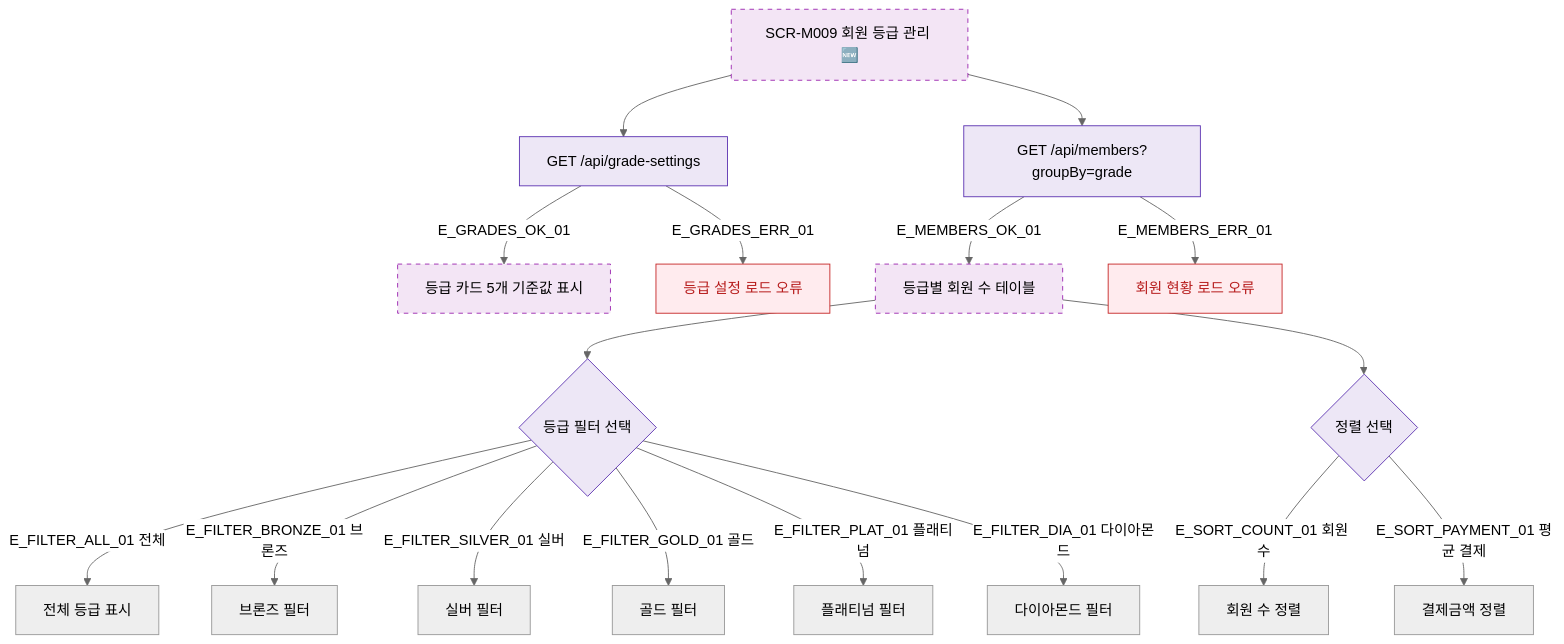
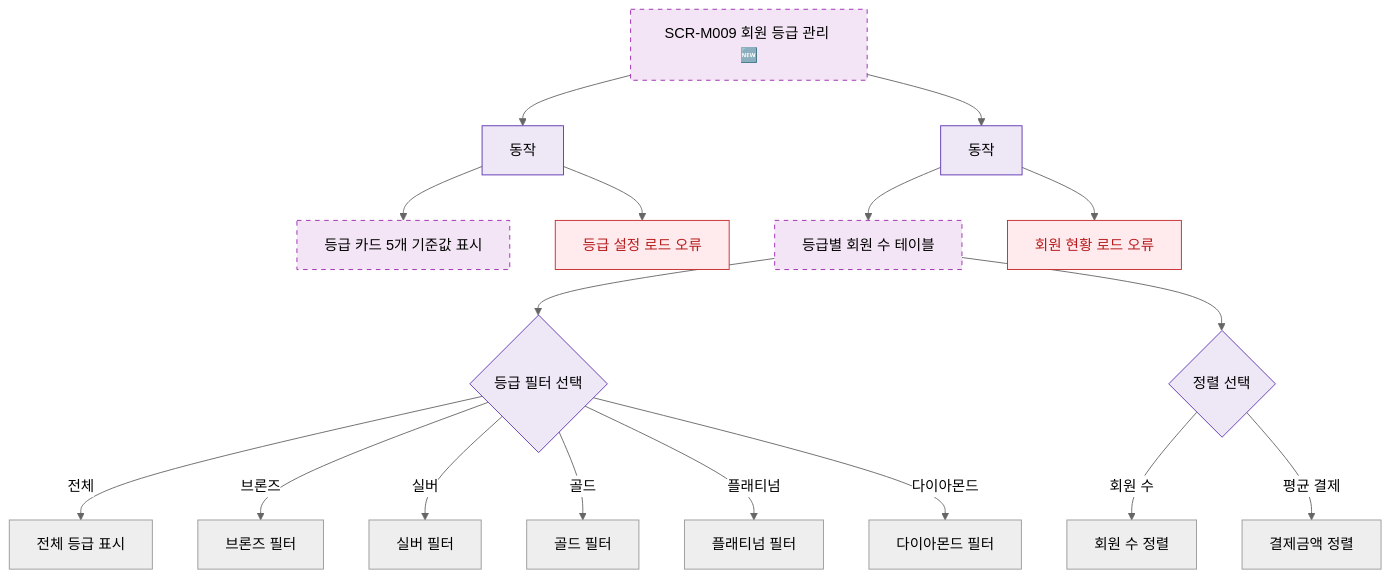
The diagram in docs/다이어그램/D02_회원관리/SCR-M009_등급관리/F4_필터검색.md (dev-spogym/admin-pando), drawn with Mermaid (neutral theme) before and after one commit. The commit also changed other lines of this file and 1660 other files, not shown here.

First line of the commit message:
다이어그램: 기획자/클라이언트 납품본으로 정리

````diff
--- a/docs/다이어그램/D02_회원관리/SCR-M009_등급관리/F4_필터검색.md
+++ b/docs/다이어그램/D02_회원관리/SCR-M009_등급관리/F4_필터검색.md
@@ -22,34 +20,34 @@
 ```mermaid
 flowchart TD
   SCR_M009[SCR-M009 회원 등급 관리 🆕]
 
-  SCR_M009 --> LOAD_GRADES[GET /api/grade-settings]
-  SCR_M009 --> LOAD_MEMBERS[GET /api/members?groupBy=grade]
+  SCR_M009 --> LOAD_GRADES[동작]
+  SCR_M009 --> LOAD_MEMBERS[동작]
 
-  LOAD_GRADES -->|E_GRADES_OK_01| GRADE_CARDS[등급 카드 5개 기준값 표시]
-  LOAD_GRADES -->|E_GRADES_ERR_01| ERR_GRADES[등급 설정 로드 오류]
+  LOAD_GRADES --> GRADE_CARDS[등급 카드 5개 기준값 표시]
+  LOAD_GRADES --> ERR_GRADES[등급 설정 로드 오류]
 
-  LOAD_MEMBERS -->|E_MEMBERS_OK_01| MEMBER_TABLE[등급별 회원 수 테이블]
-  LOAD_MEMBERS -->|E_MEMBERS_ERR_01| ERR_MEMBERS[회원 현황 로드 오류]
+  LOAD_MEMBERS --> MEMBER_TABLE[등급별 회원 수 테이블]
+  LOAD_MEMBERS --> ERR_MEMBERS[회원 현황 로드 오류]
 
   MEMBER_TABLE --> GRADE_FILTER{등급 필터 선택}
-  GRADE_FILTER -->|E_FILTER_ALL_01 전체| TABLE_ALL[전체 등급 표시]
-  GRADE_FILTER -->|E_FILTER_BRONZE_01 브론즈| TABLE_BRONZE[브론즈 필터]
-  GRADE_FILTER -->|E_FILTER_SILVER_01 실버| TABLE_SILVER[실버 필터]
-  GRADE_FILTER -->|E_FILTER_GOLD_01 골드| TABLE_GOLD[골드 필터]
-  GRADE_FILTER -->|E_FILTER_PLAT_01 플래티넘| TABLE_PLAT[플래티넘 필터]
-  GRADE_FILTER -->|E_FILTER_DIA_01 다이아몬드| TABLE_DIA[다이아몬드 필터]
+  GRADE_FILTER -->|전체|TABLE_ALL[전체 등급 표시]
+  GRADE_FILTER -->|브론즈|TABLE_BRONZE[브론즈 필터]
+  GRADE_FILTER -->|실버|TABLE_SILVER[실버 필터]
+  GRADE_FILTER -->|골드|TABLE_GOLD[골드 필터]
+  GRADE_FILTER -->|플래티넘|TABLE_PLAT[플래티넘 필터]
+  GRADE_FILTER -->|다이아몬드|TABLE_DIA[다이아몬드 필터]
 
   MEMBER_TABLE --> SORT{정렬 선택}
-  SORT -->|E_SORT_COUNT_01 회원 수| SORTED_COUNT[회원 수 정렬]
-  SORT -->|E_SORT_PAYMENT_01 평균 결제| SORTED_PAYMENT[결제금액 정렬]
+  SORT -->|회원 수|SORTED_COUNT[회원 수 정렬]
+  SORT -->|평균 결제|SORTED_PAYMENT[결제금액 정렬]
 
-  classDef screen     fill:#E3F2FD,stroke:#1976D2,color:#0D47A1
+  classDef screen fill:#E3F2FD,stroke:#1976D2,color:#0D47A1
   classDef newFeature fill:#F3E5F5,stroke:#9C27B0,stroke-dasharray:5 5
-  classDef error      fill:#FFEBEE,stroke:#C62828,color:#B71C1C
-  classDef system     fill:#EDE7F6,stroke:#5E35B2
+  classDef error fill:#FFEBEE,stroke:#C62828,color:#B71C1C
+  classDef system fill:#EDE7F6,stroke:#5E35B2
 
   class SCR_M009,GRADE_CARDS,MEMBER_TABLE newFeature
   class ERR_GRADES,ERR_MEMBERS error
   class LOAD_GRADES,LOAD_MEMBERS,GRADE_FILTER,SORT system
 ```
````
